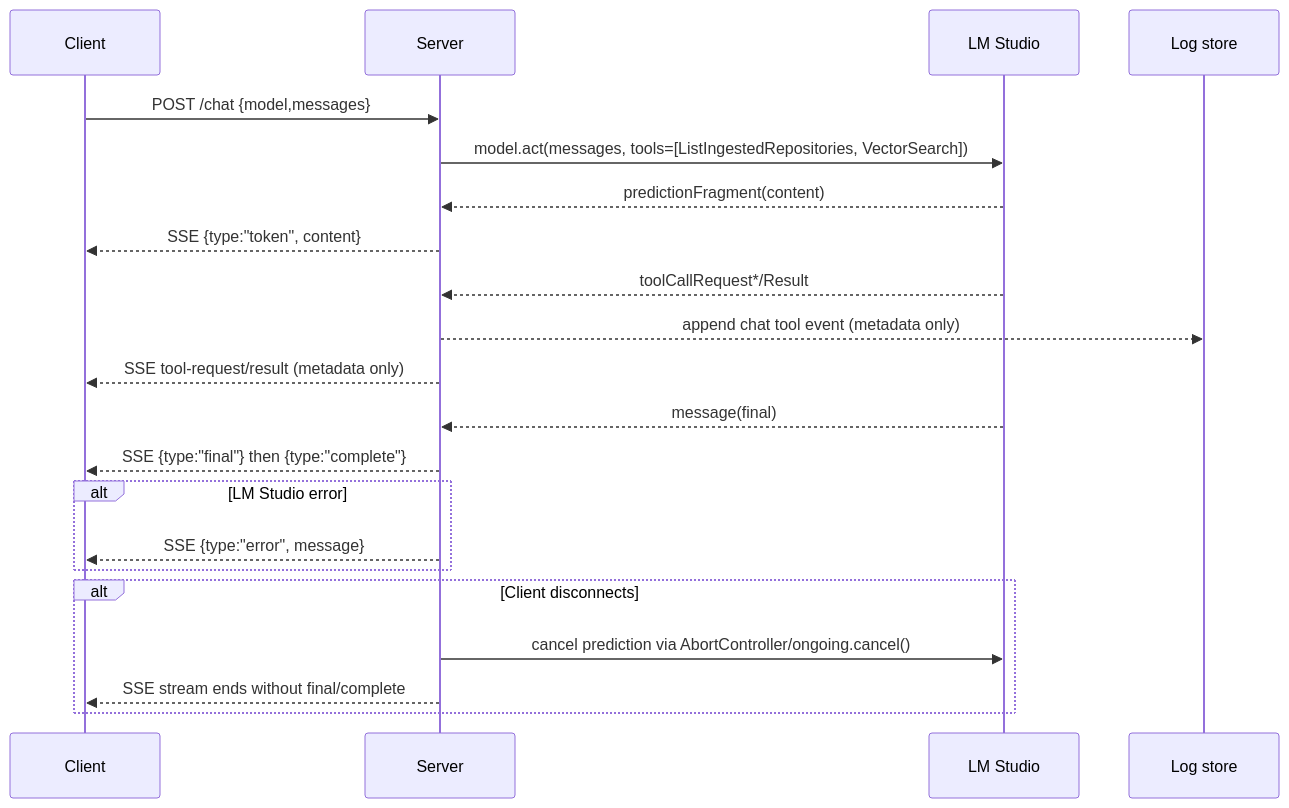
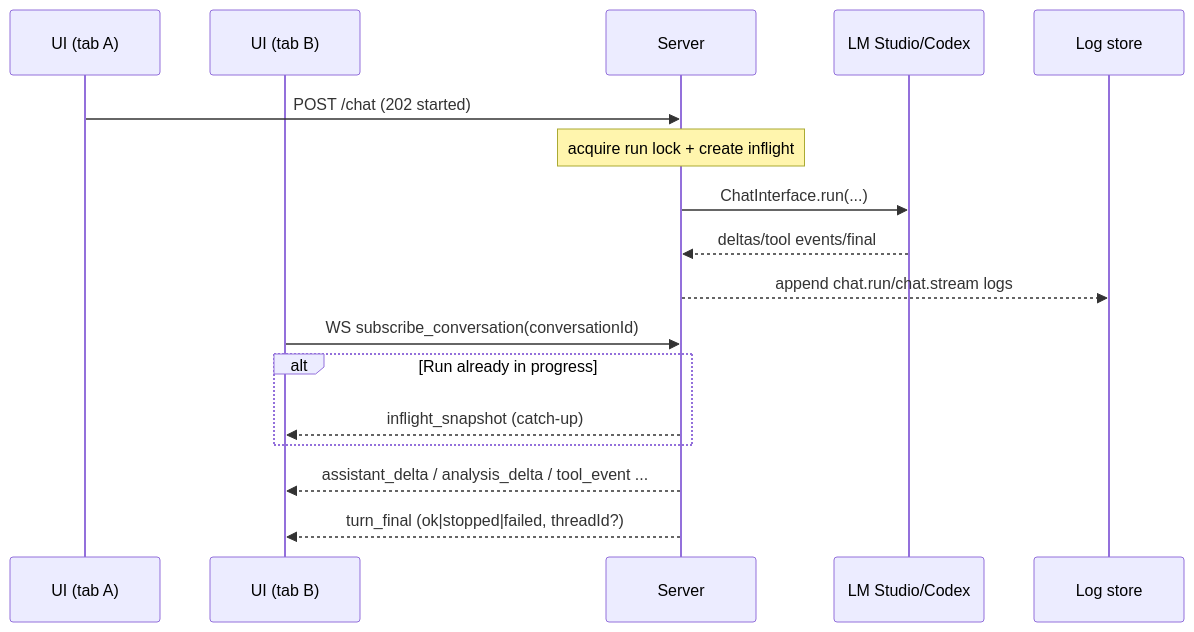
Diagram 31 of 41 in design.md (Chargeuk/codeInfo2), drawn with Mermaid before and after one commit. The commit also changed other lines of this file and 4 other files, not shown here.

````diff
--- a/design.md
+++ b/design.md
@@ -915,23 +919,21 @@
 ```mermaid
 sequenceDiagram
-  participant Client
+  participant UI as UI (tab A)
+  participant Viewer as UI (tab B)
   participant Server
-  participant LM as LM Studio
+  participant Provider as LM Studio/Codex
   participant Logs as Log store
-  Client->>Server: POST /chat {model,messages}
-  Server->>LM: model.act(messages, tools=[ListIngestedRepositories, VectorSearch])
-  LM-->>Server: predictionFragment(content)
-  Server-->>Client: SSE {type:"token", content}
-  LM-->>Server: toolCallRequest*/Result
-  Server-->>Logs: append chat tool event (metadata only)
-  Server-->>Client: SSE tool-request/result (metadata only)
-  LM-->>Server: message(final)
-  Server-->>Client: SSE {type:"final"} then {type:"complete"}
-  alt LM Studio error
-    Server-->>Client: SSE {type:"error", message}
+
+  UI->>Server: POST /chat (202 started)
+  Note over Server: acquire run lock + create inflight
+  Server->>Provider: ChatInterface.run(...)
+  Provider-->>Server: deltas/tool events/final
+  Server-->>Logs: append chat.run/chat.stream logs
+
+  Viewer->>Server: WS subscribe_conversation(conversationId)
+  alt Run already in progress
+    Server-->>Viewer: inflight_snapshot (catch-up)
   end
-    alt Client disconnects
-      Server->>LM: cancel prediction via AbortController/ongoing.cancel()
-      Server-->>Client: SSE stream ends without final/complete
-    end
+  Server-->>Viewer: assistant_delta / analysis_delta / tool_event ...
+  Server-->>Viewer: turn_final (ok|stopped|failed, threadId?)
 ```
````
